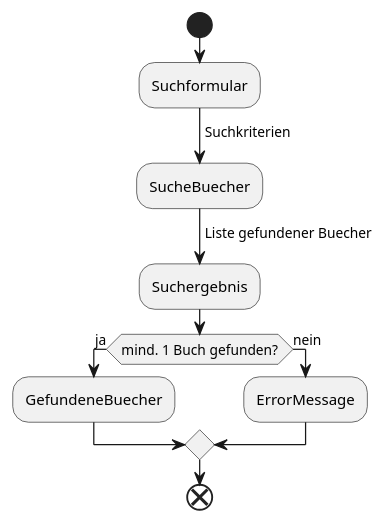
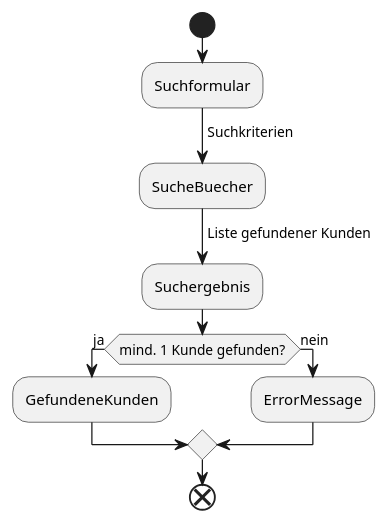
Before and after one commit to Vertiquo/SWE-Gruppe8-Abg2: the diagram in extras/doc/datenfluss.SucheBuecher.activity.plantuml, drawn with PlantUML. The commit also changed 9 other files, not shown here.

```diff
--- a/extras/doc/datenfluss.SucheBuecher.activity.plantuml
+++ b/extras/doc/datenfluss.SucheBuecher.activity.plantuml
@@ -20,19 +20,19 @@
 @startuml Datenfluss
 
 start
 
 :Suchformular;
 -> Suchkriterien;
 :SucheBuecher;
--> Liste gefundener Buecher;
+-> Liste gefundener Kunden;
 :Suchergebnis;
 
-if (mind. 1 Buch gefunden?) then (ja)
-  :GefundeneBuecher;
+if (mind. 1 Kunde gefunden?) then (ja)
+  :GefundeneKunden;
 else (nein)
   :ErrorMessage;
 endif
 
 end
 
 @enduml
```
